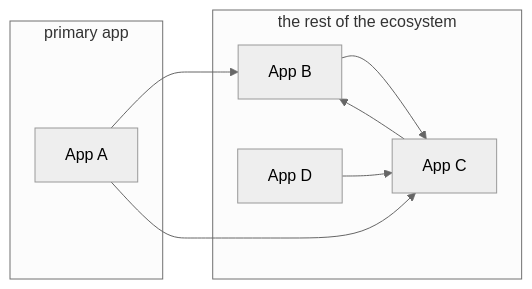
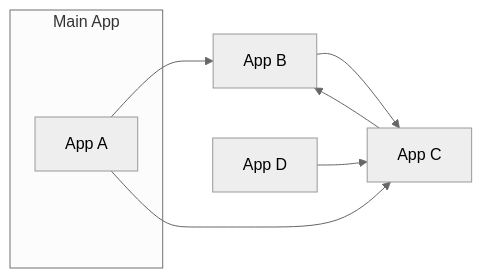
The fifth of 7 diagrams in railsconf-2022/slides.md (smudge/decks), drawn with Mermaid (neutral theme) before and after one commit. The commit also changed other lines of this file and 2 other files, not shown here.

````diff
--- a/railsconf-2022/slides.md
+++ b/railsconf-2022/slides.md
@@ -783,16 +810,12 @@
 ```mermaid
 graph LR
 
 A[App A] --> B[App B] & C[App C]
 C --> B
 B --> C
 D[App D] --> C
 
-subgraph primary app
+subgraph Main App
 A
 end
-
-subgraph the rest of the ecosystem
-B & C & D
-end
 ```
````
